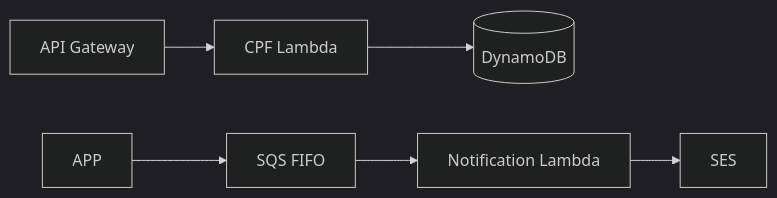
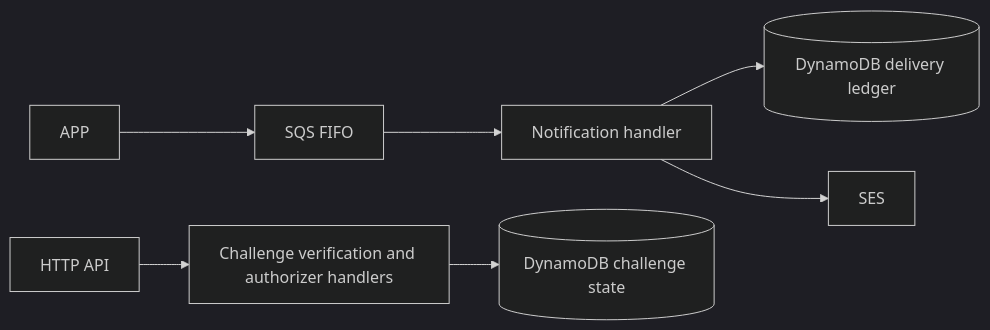
The diagram in README.md (rafaelxvr/Tech-challenge-15SOAT-functions), drawn with Mermaid (dark theme) before and after one commit. The commit also changed other lines of this file and 2 other files, not shown here.

Commit message:
docs: align architecture evidence and staged acceptance gaps

````diff
--- a/README.md
+++ b/README.md
@@ -5,7 +5,8 @@
 ```mermaid
 flowchart LR
-    Gateway[API Gateway] --> CPF[CPF Lambda]
-    CPF --> Dynamo[(DynamoDB)]
-    APP --> Queue[SQS FIFO]
-    Queue --> Notify[Notification Lambda] --> SES
+  Gateway[HTTP API] --> Auth[Challenge verification and authorizer handlers]
+  APP --> FIFO[SQS FIFO] --> Notify[Notification handler]
+  Auth --> Challenge[(DynamoDB challenge state)]
+  Notify --> Ledger[(DynamoDB delivery ledger)]
+  Notify --> SES
 ```
````
